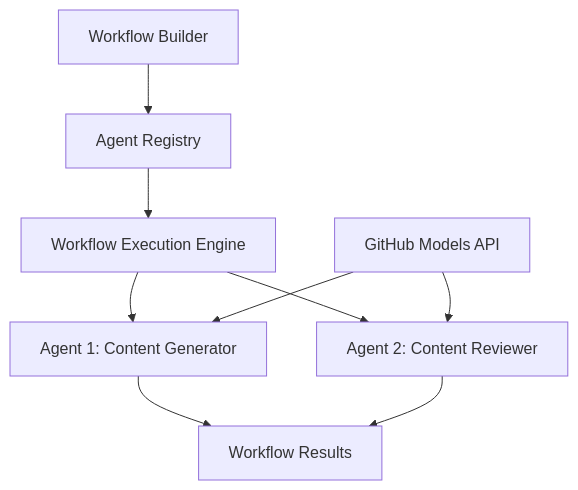
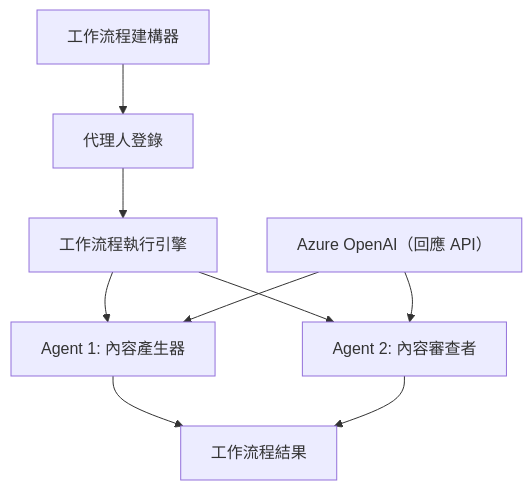
Before and after one commit to venturemavenwill/azureaifundamentals: the diagram in translations/zh-TW/08-multi-agent/code_samples/workflows-agent-framework/dotNET/01.dotnet-agent-framework-workflow-ghmodel-basic.md, drawn with Mermaid. The commit also changed other lines of this file and 4861 other files, not shown here.

````diff
--- a/translations/zh-TW/08-multi-agent/code_samples/workflows-agent-framework/dotNET/01.dotnet-agent-framework-workflow-ghmodel-basic.md
+++ b/translations/zh-TW/08-multi-agent/code_samples/workflows-agent-framework/dotNET/01.dotnet-agent-framework-workflow-ghmodel-basic.md
@@ -61,11 +64,11 @@
 ```mermaid
 graph TD
-    A[Workflow Builder] --> B[Agent Registry]
-    B --> C[Workflow Execution Engine]
-    C --> D[Agent 1: Content Generator]
-    C --> E[Agent 2: Content Reviewer] 
-    D --> F[Workflow Results]
+    A[工作流程建構器] --> B[代理人登錄]
+    B --> C[工作流程執行引擎]
+    C --> D[Agent 1: 內容產生器]
+    C --> E[Agent 2: 內容審查者] 
+    D --> F[工作流程結果]
     E --> F
-    G[GitHub Models API] --> D
+    G[Azure OpenAI（回應 API）] --> D
     G --> E
 ```
````
